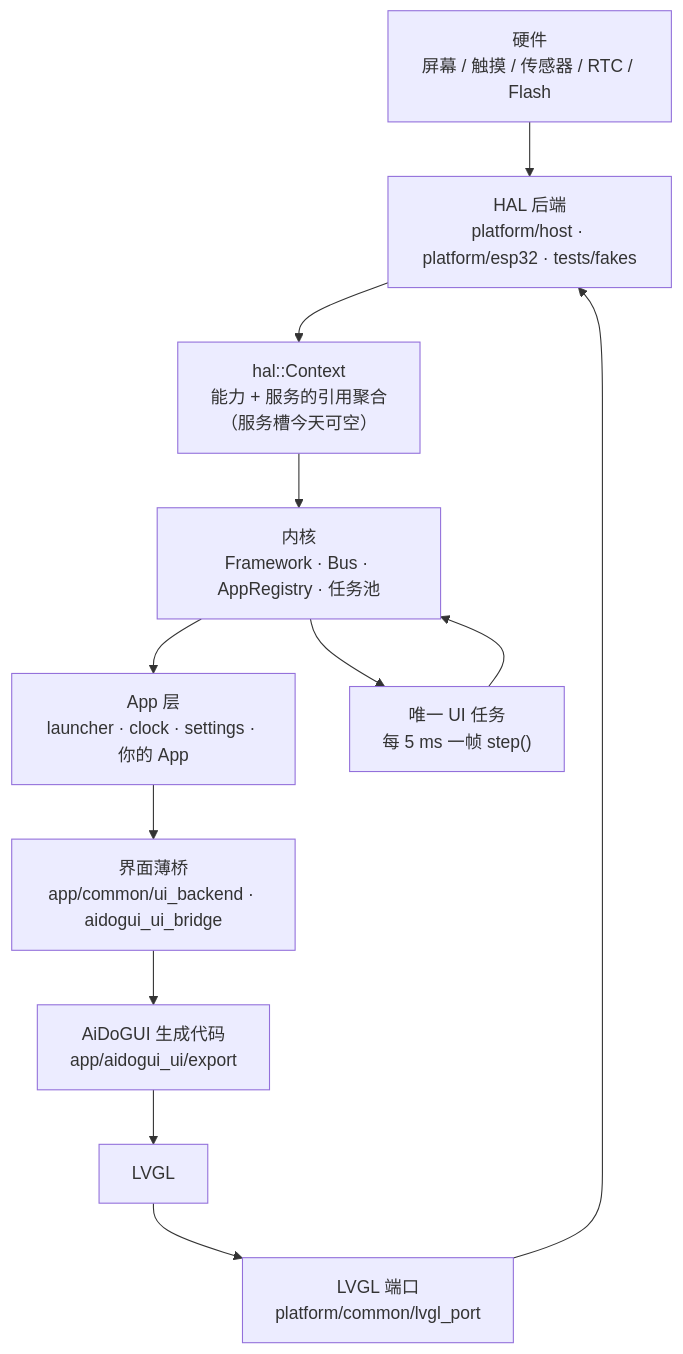
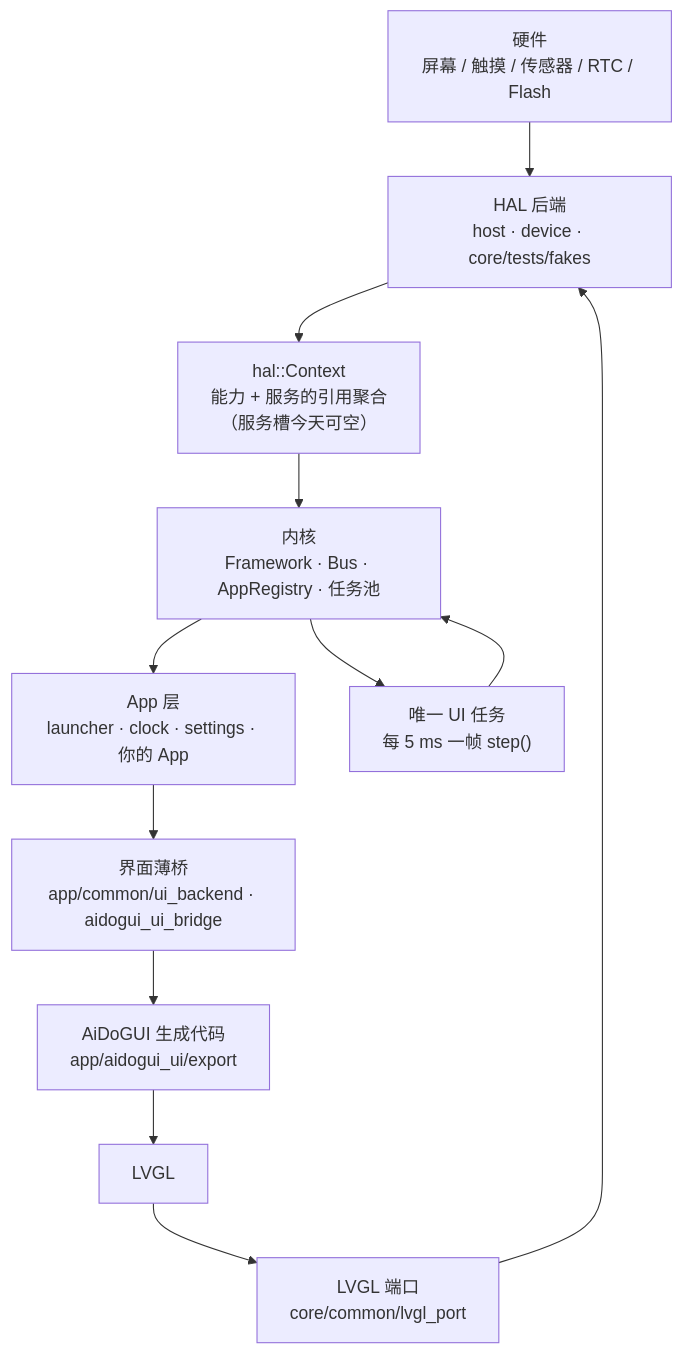
The first of 2 diagrams in docs/concepts/index.md (ruixuezhao890/Embark), drawn with Mermaid before and after one commit. The commit also changed other lines of this file and 356 other files, not shown here.

First line of the commit message:
refactor(layout): 顶层按 core/ host/ device/ 重排（方案 A）

````diff
--- a/docs/concepts/index.md
+++ b/docs/concepts/index.md
@@ -18,14 +18,14 @@
 ```mermaid
 flowchart TD
-    HW["硬件<br/>屏幕 / 触摸 / 传感器 / RTC / Flash"] --> HAL["HAL 后端<br/>platform/host · platform/esp32 · tests/fakes"]
+    HW["硬件<br/>屏幕 / 触摸 / 传感器 / RTC / Flash"] --> HAL["HAL 后端<br/>host · device · core/tests/fakes"]
     HAL --> CTX["hal::Context<br/>能力 + 服务的引用聚合<br/>（服务槽今天可空）"]
     CTX --> CORE["内核<br/>Framework · Bus · AppRegistry · 任务池"]
     CORE --> APP["App 层<br/>launcher · clock · settings · 你的 App"]
     APP --> BRIDGE["界面薄桥<br/>app/common/ui_backend · aidogui_ui_bridge"]
     BRIDGE --> GEN["AiDoGUI 生成代码<br/>app/aidogui_ui/export"]
     GEN --> LVGL["LVGL"]
-    LVGL --> PORT["LVGL 端口<br/>platform/common/lvgl_port"]
+    LVGL --> PORT["LVGL 端口<br/>core/common/lvgl_port"]
     PORT --> HAL
     CORE --> UITASK["唯一 UI 任务<br/>每 5 ms 一帧 step()"]
     UITASK --> CORE
 ```
````
